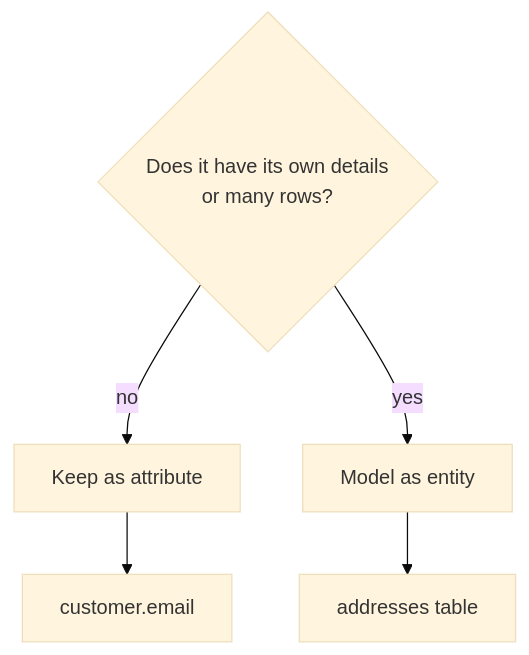
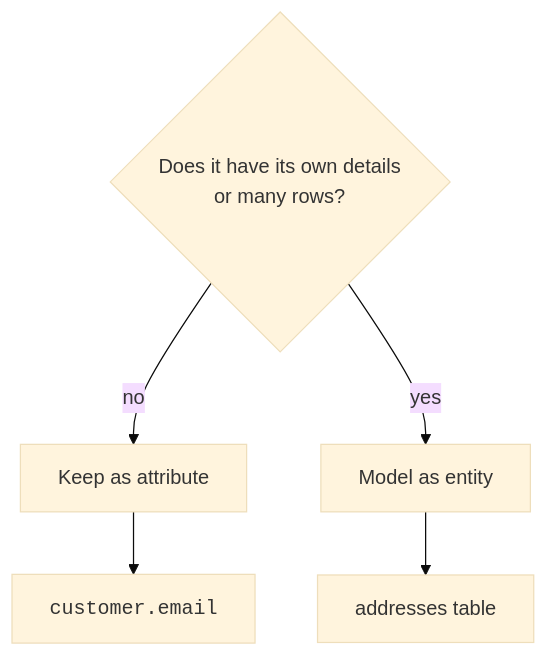
One commit to dataslope/dataslope changed the fourth of 6 diagrams in content/learn/database-design-postgresql/attributes-and-domains.mdx. Above: the diagram before and after it, drawn with Mermaid (base theme). The commit also changed other lines of this file and 153 other files, not shown here.

First line of the commit message:
Render code-only mermaid shapes in monospace; convert step sequences to Steps

````diff
--- a/content/learn/database-design-postgresql/attributes-and-domains.mdx
+++ b/content/learn/database-design-postgresql/attributes-and-domains.mdx
@@ -119,7 +119,7 @@
 ```mermaid
 flowchart TB
     Q{"Does it have its own details<br/>or many rows?"} -->|"no"| Attr["Keep as attribute"]
     Q -->|"yes"| Entity["Model as entity"]
-    Attr --> Email["customer.email"]
+    Attr --> Email["<code>customer.email</code>"]
     Entity --> Address["addresses table"]
 ```
````
